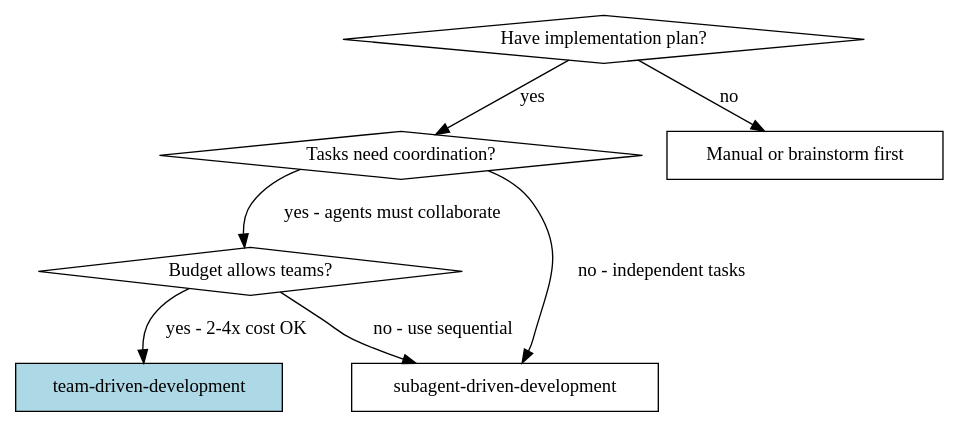
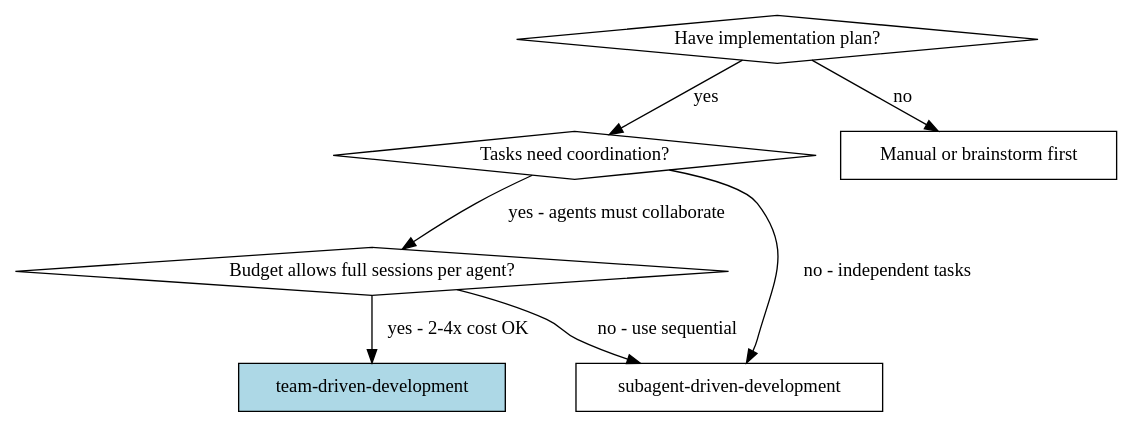
One commit to ehartye/Hartye-superpowers changed the first of 2 diagrams in skills/team-driven-development/SKILL.md. Above: the diagram before and after it, drawn with Graphviz. The commit also changed other lines of this file and 18 other files, not shown here.

First line of the commit message:
refactor: retire agent-teams terminology for current multi-agent primitives (#26)

````diff
--- a/skills/team-driven-development/SKILL.md
+++ b/skills/team-driven-development/SKILL.md
@@ -20,17 +20,17 @@
 ```dot
 digraph when_to_use {
     "Have implementation plan?" [shape=diamond];
     "Tasks need coordination?" [shape=diamond];
-    "Budget allows teams?" [shape=diamond];
+    "Budget allows full sessions per agent?" [shape=diamond];
     "team-driven-development" [shape=box style=filled fillcolor=lightblue];
     "subagent-driven-development" [shape=box];
     "Manual or brainstorm first" [shape=box];
 
     "Have implementation plan?" -> "Tasks need coordination?" [label="yes"];
     "Have implementation plan?" -> "Manual or brainstorm first" [label="no"];
-    "Tasks need coordination?" -> "Budget allows teams?" [label="yes - agents must collaborate"];
+    "Tasks need coordination?" -> "Budget allows full sessions per agent?" [label="yes - agents must collaborate"];
     "Tasks need coordination?" -> "subagent-driven-development" [label="no - independent tasks"];
-    "Budget allows teams?" -> "team-driven-development" [label="yes - 2-4x cost OK"];
-    "Budget allows teams?" -> "subagent-driven-development" [label="no - use sequential"];
+    "Budget allows full sessions per agent?" -> "team-driven-development" [label="yes - 2-4x cost OK"];
+    "Budget allows full sessions per agent?" -> "subagent-driven-development" [label="no - use sequential"];
 }
 ```
````
